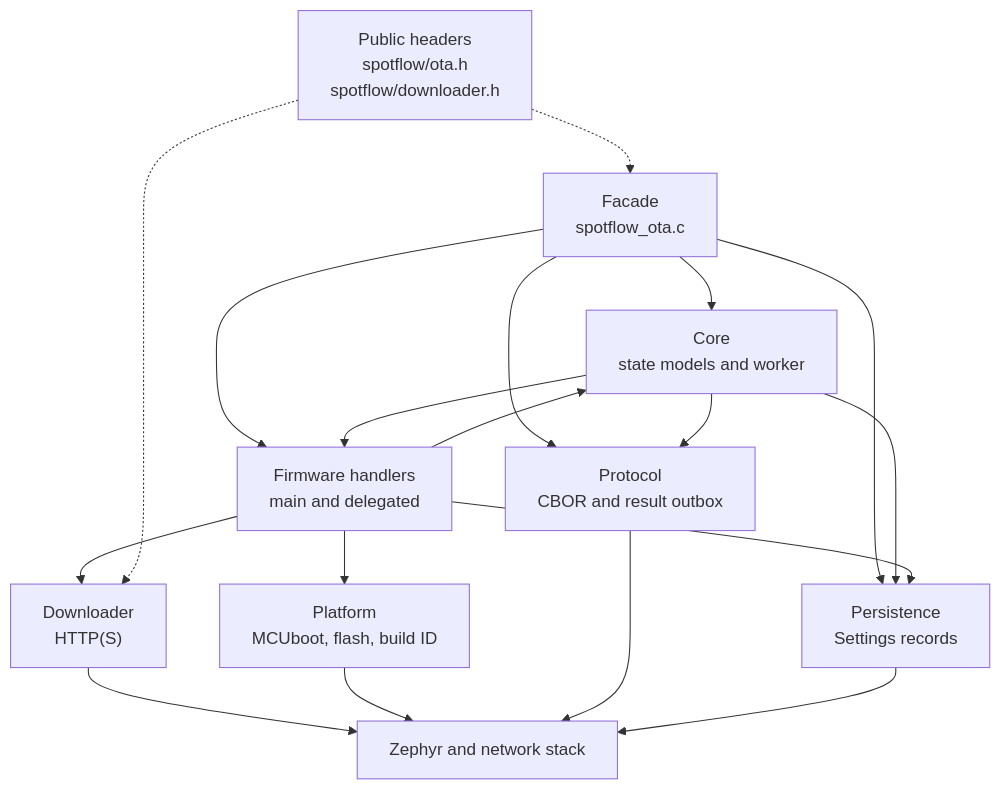
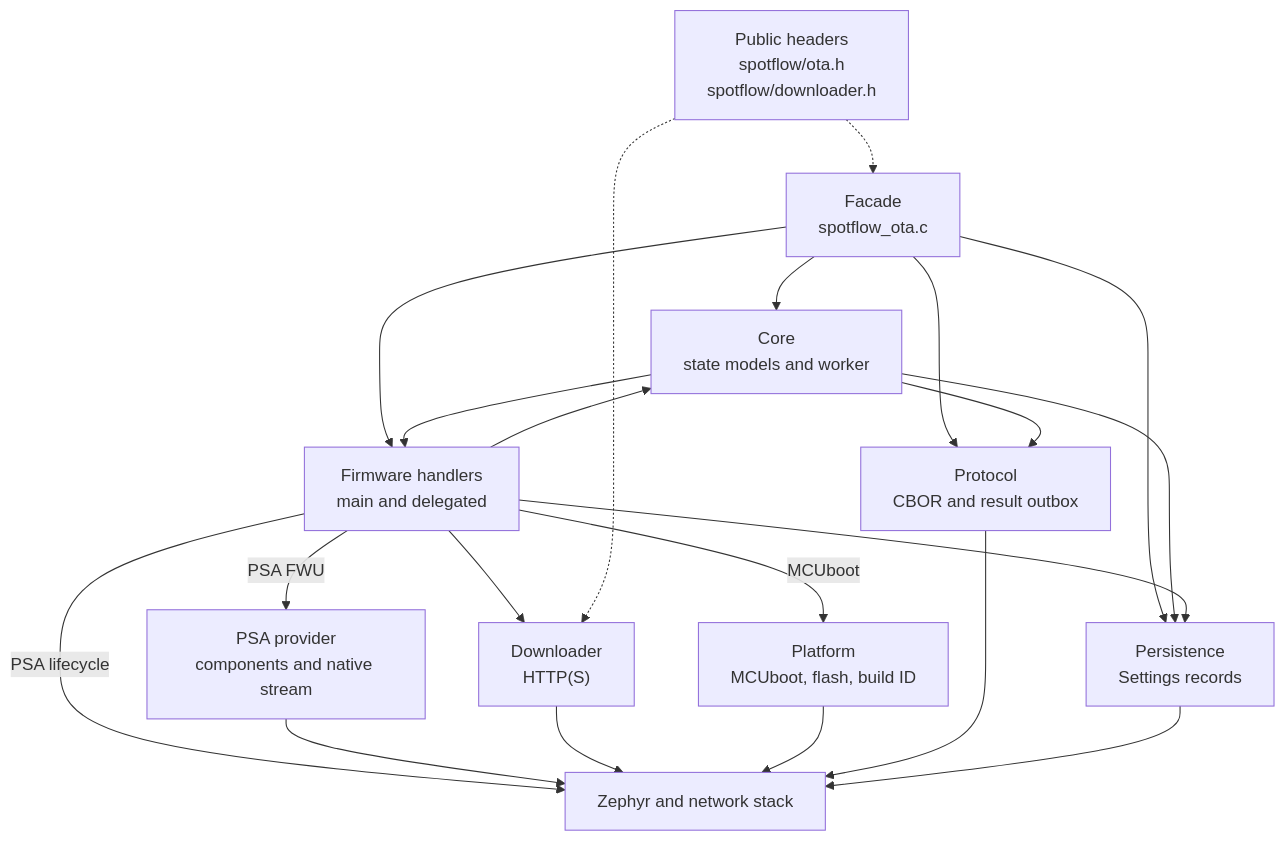
The seventh of 11 diagrams in zephyr/docs/ota.md (spotflow-io/device-sdk), drawn with Mermaid before and after one commit. The commit also changed other lines of this file and 28 other files, not shown here.

Commit message:
Add first tested implementation of OTA updates with PSA FWU

````diff
--- a/zephyr/docs/ota.md
+++ b/zephyr/docs/ota.md
@@ -397,30 +401,33 @@
 ```mermaid
 flowchart TD
     facade["Facade<br/>spotflow_ota.c"]
     core["Core<br/>state models and worker"]
     protocol["Protocol<br/>CBOR and result outbox"]
     persistence["Persistence<br/>Settings records"]
     firmware["Firmware handlers<br/>main and delegated"]
     downloader["Downloader<br/>HTTP(S)"]
     platform["Platform<br/>MCUboot, flash, build ID"]
     public["Public headers<br/>spotflow/ota.h<br/>spotflow/downloader.h"]
     zephyr["Zephyr and network stack"]
 
     facade --> core
     facade --> protocol
     facade --> persistence
     facade --> firmware
     core --> protocol
     core --> persistence
     core --> firmware
     firmware --> downloader
-    firmware --> platform
+    firmware -->|MCUboot| platform
+    firmware -->|PSA FWU| psa["PSA provider<br/>components and native stream"]
+    firmware -->|PSA lifecycle| zephyr
+    psa --> zephyr
     firmware --> persistence
     firmware --> core
     downloader --> zephyr
     platform --> zephyr
     protocol --> zephyr
     persistence --> zephyr
     public -.-> facade
     public -.-> downloader
 ```
````
